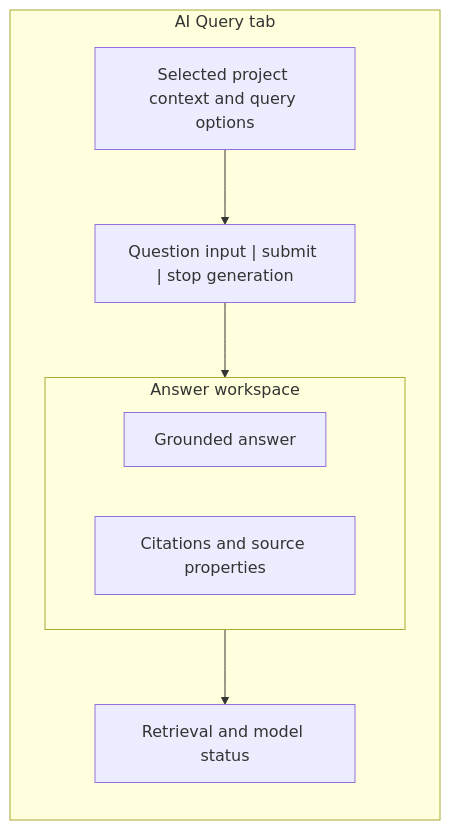
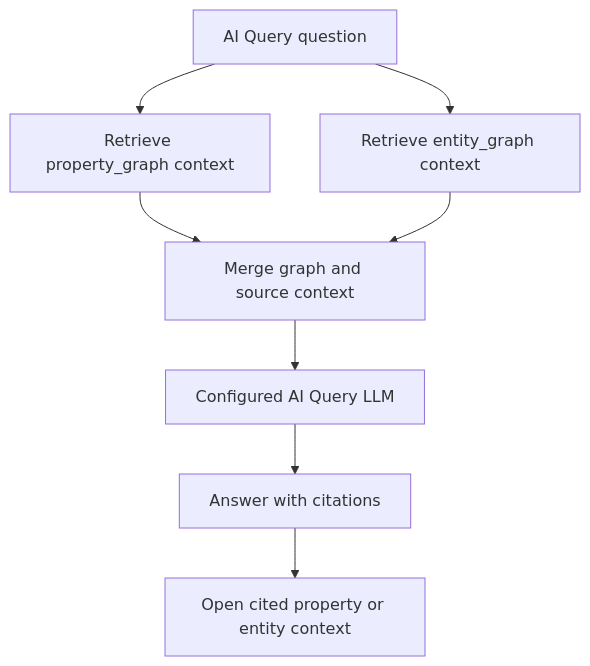
Diagram 14 of 19 in docs/superpowers/specs/2026-08-15-docseek-detailed-prd.md (ATreep/DocSeek), drawn with Mermaid before and after one commit. The commit also changed other lines of this file and 1 other file, not shown here.

Commit message:
docs: revise DocSeek for Neo4j GraphRAG architecture

````diff
--- a/docs/superpowers/specs/2026-08-15-docseek-detailed-prd.md
+++ b/docs/superpowers/specs/2026-08-15-docseek-detailed-prd.md
@@ -243,15 +435,10 @@
 ```mermaid
 flowchart TB
-  subgraph AI_QUERY_PAGE["AI Query tab"]
-    direction TB
-    QUERY_CONTEXT["Selected project context and query options"]
-    QUESTION_BAR["Question input | submit | stop generation"]
-    subgraph ANSWER_ROW["Answer workspace"]
-      direction LR
-      ANSWER_PANEL["Grounded answer"]
-      CITATION_PANEL["Citations and source properties"]
-    end
-    QUERY_STATUS["Retrieval and model status"]
-  end
-  QUERY_CONTEXT --> QUESTION_BAR --> ANSWER_ROW --> QUERY_STATUS
+  QUESTION["AI Query question"] --> PG_RETRIEVE["Retrieve property_graph context"]
+  QUESTION --> EG_RETRIEVE["Retrieve entity_graph context"]
+  PG_RETRIEVE --> MERGE["Merge graph and source context"]
+  EG_RETRIEVE --> MERGE
+  MERGE --> LLM["Configured AI Query LLM"]
+  LLM --> ANSWER["Answer with citations"]
+  ANSWER --> SOURCE["Open cited property or entity context"]
 ```
````
